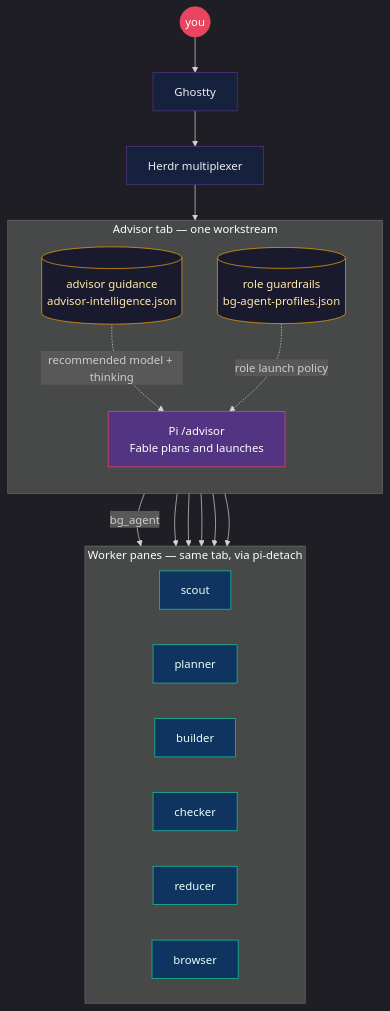
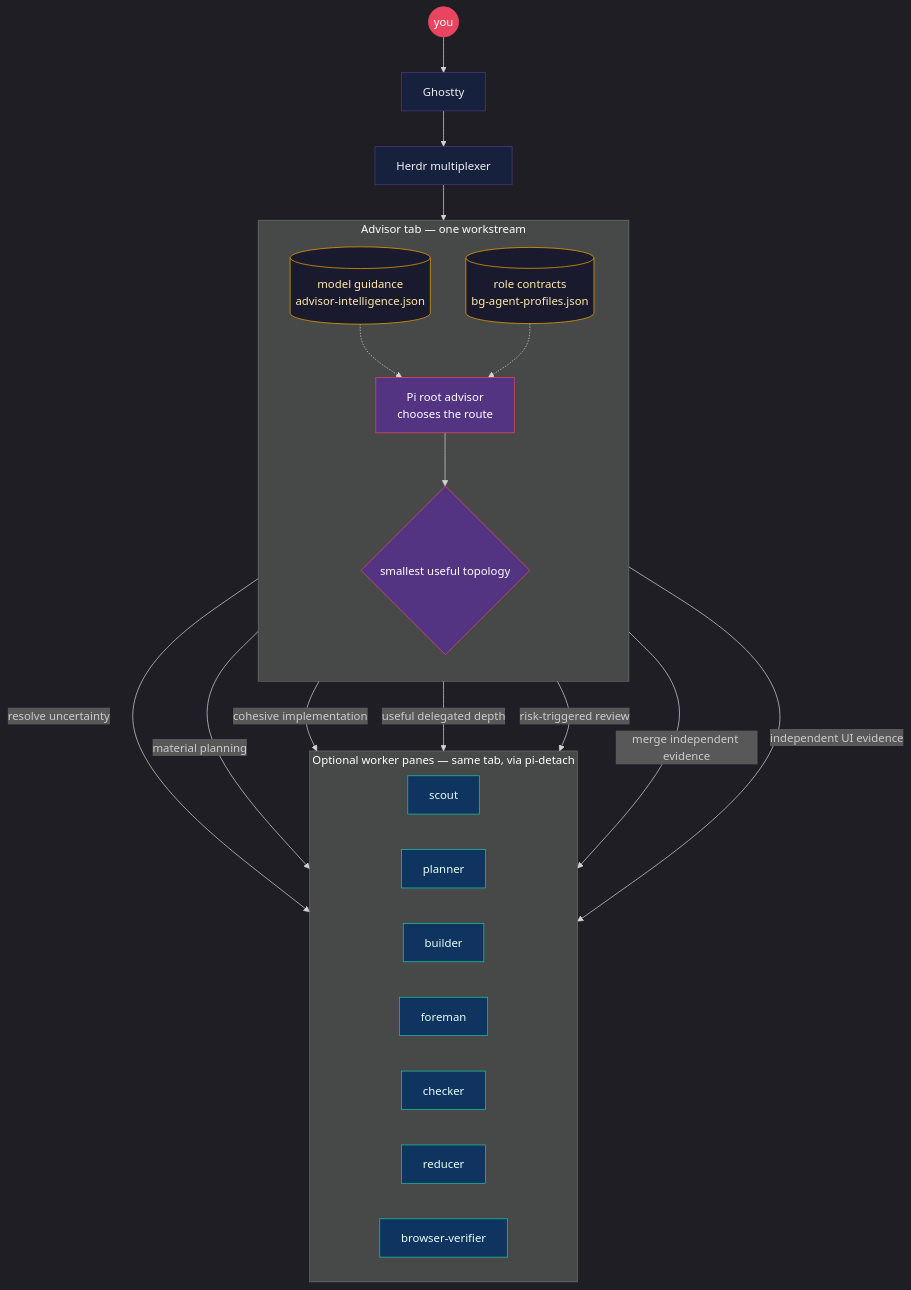
Before and after one commit to nourhelmi/pi-meta-harness: the diagram in README.md, drawn with Mermaid. The commit also changed other lines of this file and 3 other files, not shown here.

````diff
--- a/README.md
+++ b/README.md
@@ -18,51 +32,55 @@
 ```mermaid
 ---
 config:
   theme: dark
   flowchart:
     curve: basis
 ---
 flowchart TB
   You((you)) --> Ghostty[Ghostty]
   Ghostty --> Herdr[Herdr multiplexer]
 
   subgraph tab ["Advisor tab — one workstream"]
     direction TB
-    Adv["Pi  /advisor\nFable plans and launches"]
-    Guide[("advisor guidance\nadvisor-intelligence.json")]
-    Roles[("role guardrails\nbg-agent-profiles.json")]
-    Guide -.->|recommended model + thinking| Adv
-    Roles -.->|role launch policy| Adv
+    Adv["Pi root advisor\nchooses the route"]
+    Guide[("model guidance\nadvisor-intelligence.json")]
+    Roles[("role contracts\nbg-agent-profiles.json")]
+    Route{"smallest useful topology"}
+    Guide -.-> Adv
+    Roles -.-> Adv
+    Adv --> Route
   end
 
   Herdr --> Adv
 
-  subgraph panes ["Worker panes — same tab, via pi-detach"]
+  subgraph panes ["Optional worker panes — same tab, via pi-detach"]
     direction LR
     Scout[scout]
     Plan[planner]
     Build[builder]
+    Foreman[foreman]
     Check[checker]
     Reduce[reducer]
-    Browser[browser]
+    Browser[browser-verifier]
   end
 
-  Adv -->|bg_agent| Scout
-  Adv --> Plan
-  Adv --> Build
-  Adv --> Check
-  Adv --> Reduce
-  Adv --> Browser
+  Route -->|resolve uncertainty| Scout
+  Route -->|material planning| Plan
+  Route -->|cohesive implementation| Build
+  Route -->|useful delegated depth| Foreman
+  Route -->|risk-triggered review| Check
+  Route -->|merge independent evidence| Reduce
+  Route -->|independent UI evidence| Browser
 
   classDef you fill:#e94560,stroke:#e94560,color:#fff
   classDef mux fill:#16213e,stroke:#533483,color:#eee
   classDef advisor fill:#533483,stroke:#e94560,color:#fff
   classDef map fill:#1a1a2e,stroke:#f0a500,color:#ffeaa7
   classDef worker fill:#0f3460,stroke:#16c79a,color:#e8fff7
 
   class You you
   class Ghostty,Herdr mux
-  class Adv advisor
+  class Adv,Route advisor
   class Guide,Roles map
-  class Scout,Plan,Build,Check,Reduce,Browser worker
+  class Scout,Plan,Build,Foreman,Check,Reduce,Browser worker
 ```
````
